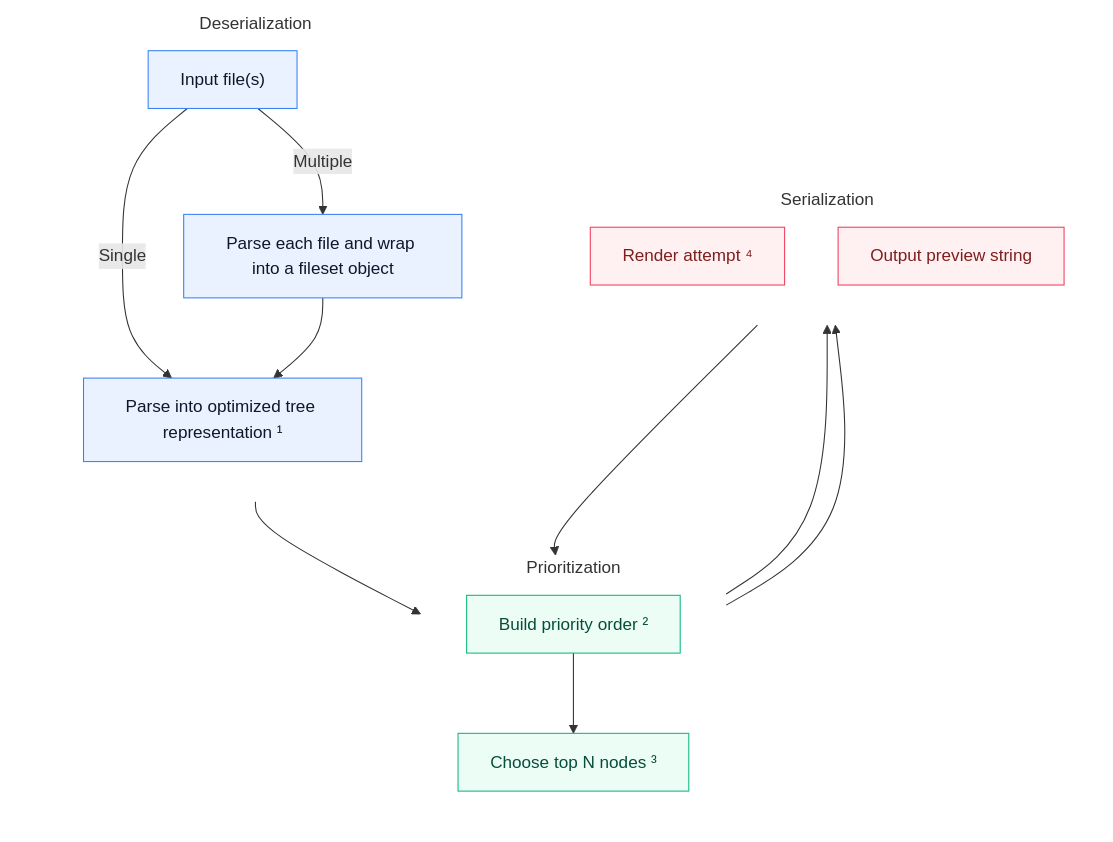
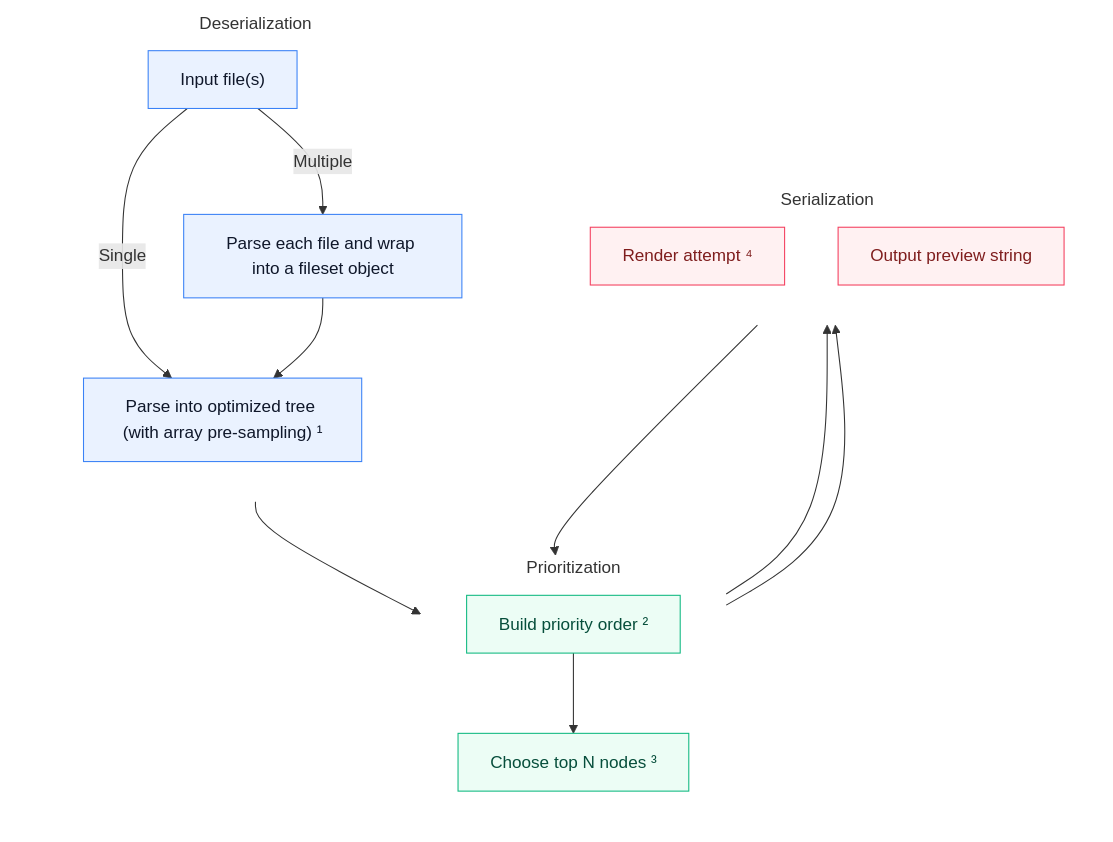
The diagram in README.md (kantord/headson), drawn with Mermaid before and after one commit.

````diff
--- a/README.md
+++ b/README.md
@@ -153,36 +153,36 @@
 ```mermaid
 %%{init: {"themeCSS": ".cluster > rect { fill: transparent; stroke: transparent; } .clusterLabel > text { font-size: 16px; font-weight: 600; } .clusterLabel span { padding: 6px 10px; font-size: 16px; font-weight: 600; }"}}%%
 flowchart TD
     subgraph Deserialization
         direction TB
         A["Input file(s)"]
-        A -- Single --> C["Parse into optimized tree representation ¹"]
+        A -- Single --> C["Parse into optimized tree (with array pre‑sampling) ¹"]
         A -- Multiple --> D["Parse each file and wrap into a fileset object"]
         D --> C
     end
     subgraph Prioritization
         direction TB
         E["Build priority order ²"]
         F["Choose top N nodes ³"]
     end
     subgraph Serialization
         direction TB
         G["Render attempt ⁴"]
         H["Output preview string"]
     end
     C --> E
     E --> F
     F --> G
     G --> F
     F --> H
     %% Color classes for categories
     classDef des fill:#eaf2ff,stroke:#3b82f6,stroke-width:1px,color:#0f172a;
     classDef prio fill:#ecfdf5,stroke:#10b981,stroke-width:1px,color:#064e3b;
     classDef ser fill:#fff1f2,stroke:#f43f5e,stroke-width:1px,color:#7f1d1d;
     class A,C,D des;
     class E,F prio;
     class G,H ser;
     style Deserialization fill:transparent,stroke:transparent
     style Prioritization fill:transparent,stroke:transparent
     style Serialization fill:transparent,stroke:transparent
 ```
````
